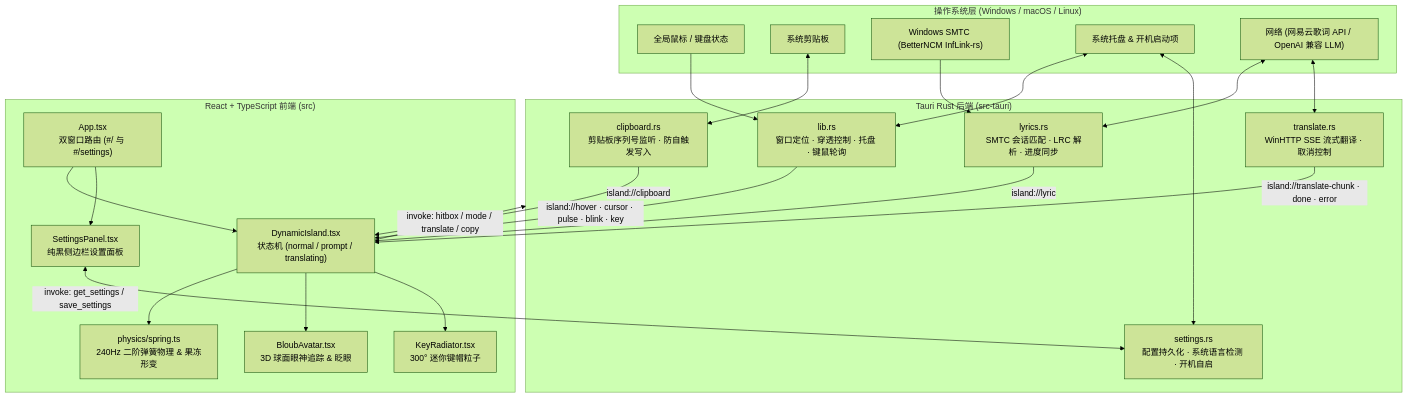
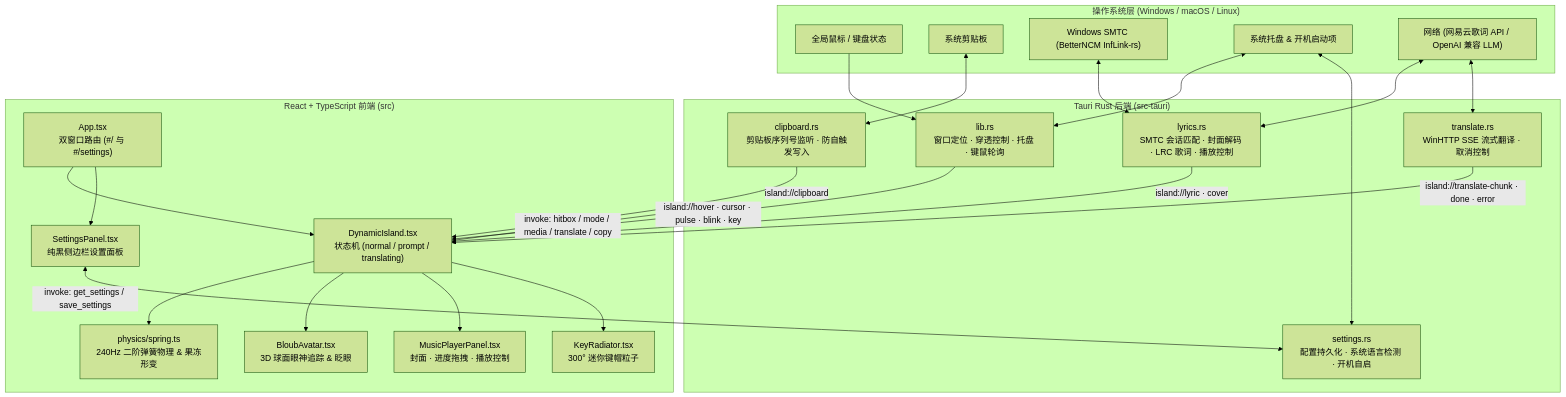
One commit to feassh/islandex changed the diagram in README.md. Above: the diagram before and after it, drawn with Mermaid (forest theme). The commit also changed other lines of this file and 7 other files, not shown here.

````diff
--- a/README.md
+++ b/README.md
@@ -54,48 +58,50 @@
 ```mermaid
 flowchart TB
     subgraph OS["操作系统层 (Windows / macOS / Linux)"]
         Cursor["全局鼠标 / 键盘状态"]
         Clip["系统剪贴板"]
         SMTC["Windows SMTC (BetterNCM InfLink-rs)"]
         Tray["系统托盘 & 开机启动项"]
         Net["网络 (网易云歌词 API / OpenAI 兼容 LLM)"]
     end
 
     subgraph Rust["Tauri Rust 后端 (src-tauri)"]
         Lib["lib.rs\n窗口定位 · 穿透控制 · 托盘 · 键鼠轮询"]
-        Lyrics["lyrics.rs\nSMTC 会话匹配 · LRC 解析 · 进度同步"]
+        Lyrics["lyrics.rs\nSMTC 会话匹配 · 封面解码 · LRC 歌词 · 播放控制"]
         Clipboard["clipboard.rs\n剪贴板序列号监听 · 防自触发写入"]
         Translate["translate.rs\nWinHTTP SSE 流式翻译 · 取消控制"]
         Settings["settings.rs\n配置持久化 · 系统语言检测 · 开机自启"]
     end
 
     subgraph Frontend["React + TypeScript 前端 (src)"]
         Router["App.tsx\n双窗口路由 (#/ 与 #/settings)"]
         Island["DynamicIsland.tsx\n状态机 (normal / prompt / translating)"]
         Spring["physics/spring.ts\n240Hz 二阶弹簧物理 & 果冻形变"]
         Bloub["BloubAvatar.tsx\n3D 球面眼神追踪 & 眨眼"]
+        Music["MusicPlayerPanel.tsx\n封面 · 进度拖拽 · 播放控制"]
         Keys["KeyRadiator.tsx\n300° 迷你键帽粒子"]
         SettingsUI["SettingsPanel.tsx\n纯黑侧边栏设置面板"]
     end
 
     Cursor --> Lib
     Clip <--> Clipboard
-    SMTC --> Lyrics
+    SMTC <--> Lyrics
     Net <--> Lyrics
     Net <--> Translate
     Tray <--> Lib
     Tray <--> Settings
 
     Lib -- "island://hover · cursor · pulse · blink · key" --> Island
-    Lyrics -- "island://lyric" --> Island
+    Lyrics -- "island://lyric · cover" --> Island
     Clipboard -- "island://clipboard" --> Island
     Translate -- "island://translate-chunk · done · error" --> Island
-    Island -- "invoke: hitbox / mode / translate / copy" --> Rust
+    Island -- "invoke: hitbox / mode / media / translate / copy" --> Rust
     SettingsUI <-- "invoke: get_settings / save_settings" --> Settings
 
     Router --> Island
     Router --> SettingsUI
     Island --> Spring
     Island --> Bloub
+    Island --> Music
     Island --> Keys
 ```
````
